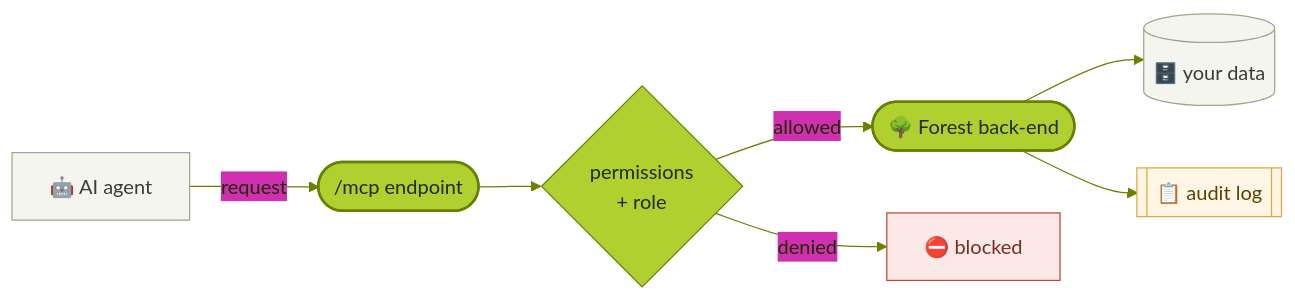
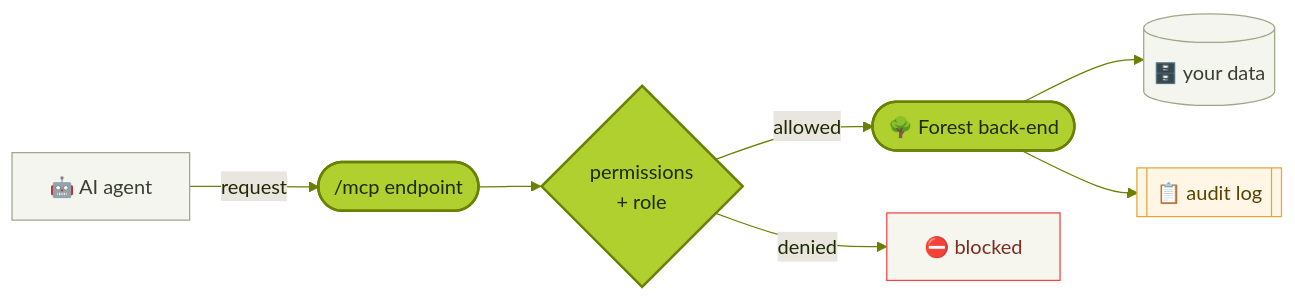
The first of 17 diagrams in legacy/diagram-drafts.mdx (ForestAdmin/docs), drawn with Mermaid before and after one commit. The commit also changed other lines of this file, not shown here.

Commit message:
docs(diagram-drafts): kill mermaid lavender default (mainBkg neutrals), class the decision node, de-pink danger

````diff
--- a/legacy/diagram-drafts.mdx
+++ b/legacy/diagram-drafts.mdx
@@ -20,20 +20,21 @@
 ```mermaid
 %%{init: {'theme':'base', 'themeVariables': {
+  'mainBkg':'#f6f5ee','secondaryColor':'#e9e6df','tertiaryColor':'#f6f5ee',
   'fontFamily':'Inter, system-ui, sans-serif',
   'primaryColor':'#B0D030','primaryBorderColor':'#698000',
   'primaryTextColor':'#1F2A00','lineColor':'#698000'
 }}}%%
 flowchart LR
     AI["🤖 AI agent"] -->|request| EP(["/mcp endpoint"])
     EP --> Gate{"permissions<br/>+ role"}
     Gate -->|allowed| BE(["🌳 Forest back-end"])
     Gate -->|denied| X["⛔ blocked"]
     BE --> DB[("🗄️ your data")]
     BE --> Log[["📋 audit log"]]
 
     classDef forest fill:#B0D030,stroke:#698000,stroke-width:2px,color:#1F2A00;
     classDef external fill:#F4F5EE,stroke:#9CA88A,color:#3A3F33;
     classDef audit fill:#FFF6E5,stroke:#E0A93D,color:#5A4300;
-    classDef danger fill:#FBE9E7,stroke:#C0492F,color:#7A2E1F;
-    class EP,BE forest; class AI,DB external; class Log audit; class X danger;
+    classDef danger fill:#f6f5ee,stroke:#ef4444,color:#7A2E1F;
+    class EP,Gate,BE forest; class AI,DB external; class Log audit; class X danger;
 ```
````
